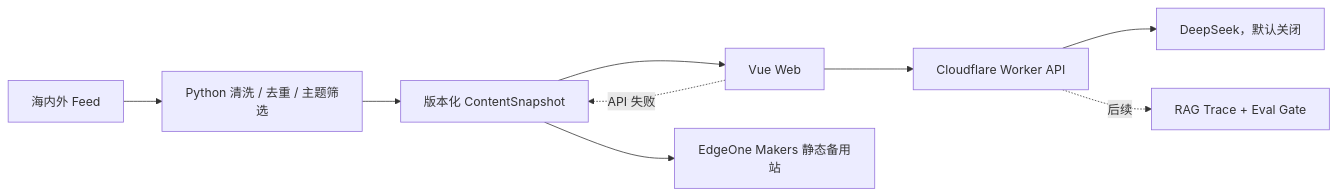
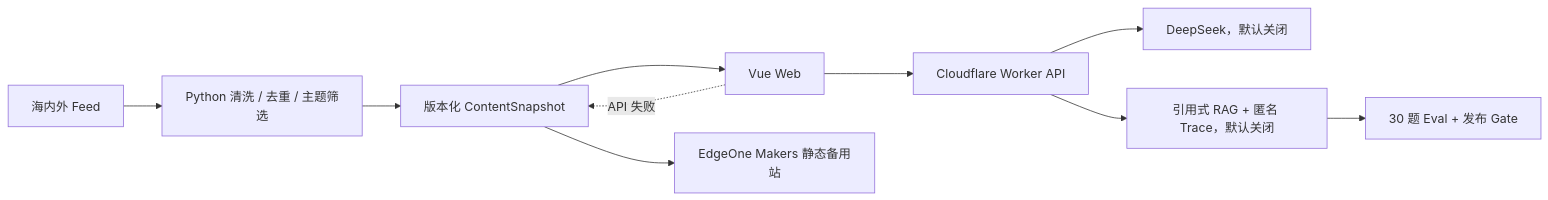
Before and after one commit to Dyj0926D/newseviday: the diagram in README.md, drawn with Mermaid. The commit also changed other lines of this file and 65 other files, not shown here.

````diff
--- a/README.md
+++ b/README.md
@@ -26,11 +28,12 @@
 ```mermaid
 flowchart LR
     Feed["海内外 Feed"] --> Py["Python 清洗 / 去重 / 主题筛选"]
     Py --> Snapshot["版本化 ContentSnapshot"]
     Snapshot --> Vue["Vue Web"]
     Vue --> Worker["Cloudflare Worker API"]
     Vue -. "API 失败" .-> Snapshot
     Worker --> DeepSeek["DeepSeek，默认关闭"]
-    Worker -. "后续" .-> RAG["RAG Trace + Eval Gate"]
+    Worker --> RAG["引用式 RAG + 匿名 Trace，默认关闭"]
+    RAG --> Eval["30 题 Eval + 发布 Gate"]
     Snapshot --> EdgeOne["EdgeOne Makers 静态备用站"]
 ```
````
